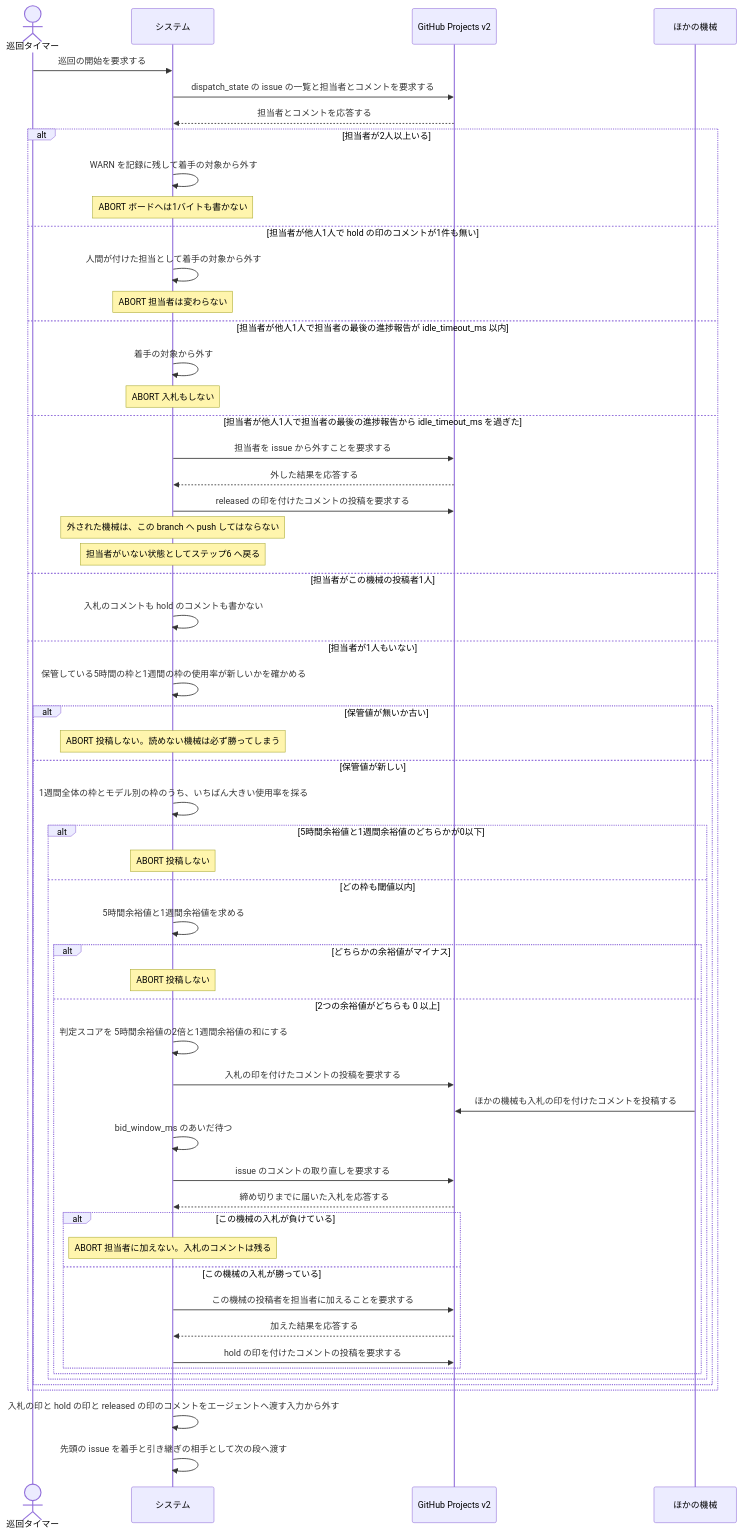
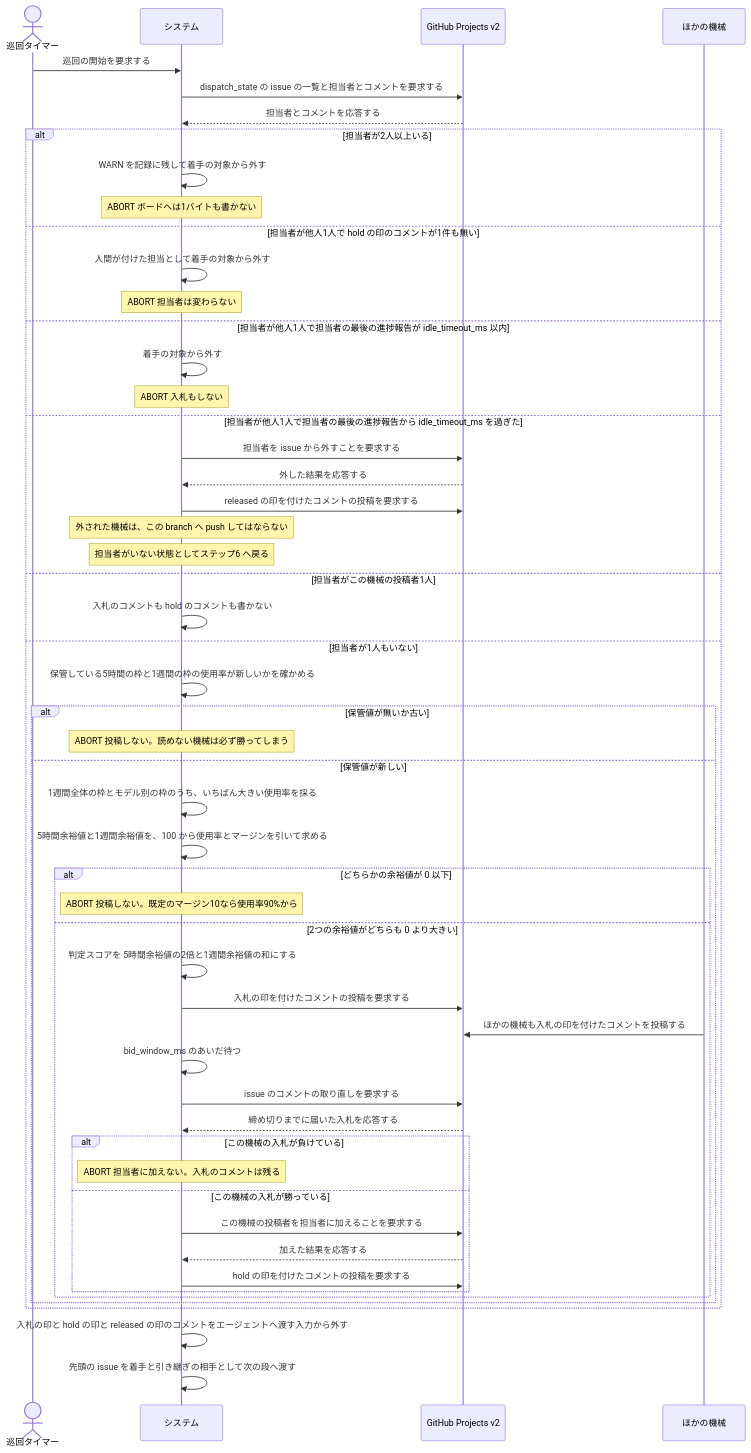
The second of 2 diagrams in docs/spec/usecases/particular_case/issue の担当を入札で決める.rucm.md (maimuzo/continuo), drawn with Mermaid before and after one commit. The commit also changed other lines of this file and 24 other files, not shown here.

````diff
--- a/docs/spec/usecases/particular_case/issue の担当を入札で決める.rucm.md
+++ b/docs/spec/usecases/particular_case/issue の担当を入札で決める.rucm.md
@@ -440,60 +433,56 @@
 ```mermaid
 sequenceDiagram
     actor T as 巡回タイマー
     participant S as システム
     participant GH as GitHub Projects v2
     participant M as ほかの機械
 
     T->>S: 巡回の開始を要求する
     S->>GH: dispatch_state の issue の一覧と担当者とコメントを要求する
     GH-->>S: 担当者とコメントを応答する
     alt 担当者が2人以上いる
         S->>S: WARN を記録に残して着手の対象から外す
         Note over S: ABORT ボードへは1バイトも書かない
     else 担当者が他人1人で hold の印のコメントが1件も無い
         S->>S: 人間が付けた担当として着手の対象から外す
         Note over S: ABORT 担当者は変わらない
     else 担当者が他人1人で担当者の最後の進捗報告が idle_timeout_ms 以内
         S->>S: 着手の対象から外す
         Note over S: ABORT 入札もしない
     else 担当者が他人1人で担当者の最後の進捗報告から idle_timeout_ms を過ぎた
         S->>GH: 担当者を issue から外すことを要求する
         GH-->>S: 外した結果を応答する
         S->>GH: released の印を付けたコメントの投稿を要求する
         Note over S: 外された機械は、この branch へ push してはならない
         Note over S: 担当者がいない状態としてステップ6 へ戻る
     else 担当者がこの機械の投稿者1人
         S->>S: 入札のコメントも hold のコメントも書かない
     else 担当者が1人もいない
         S->>S: 保管している5時間の枠と1週間の枠の使用率が新しいかを確かめる
         alt 保管値が無いか古い
             Note over S: ABORT 投稿しない。読めない機械は必ず勝ってしまう
         else 保管値が新しい
             S->>S: 1週間全体の枠とモデル別の枠のうち、いちばん大きい使用率を採る
-            alt 5時間余裕値と1週間余裕値のどちらかが0以下
-                Note over S: ABORT 投稿しない
-            else どの枠も閾値以内
-                S->>S: 5時間余裕値と1週間余裕値を求める
-                alt どちらかの余裕値がマイナス
-                    Note over S: ABORT 投稿しない
-                else 2つの余裕値がどちらも 0 以上
-                    S->>S: 判定スコアを 5時間余裕値の2倍と1週間余裕値の和にする
-                    S->>GH: 入札の印を付けたコメントの投稿を要求する
-                    M->>GH: ほかの機械も入札の印を付けたコメントを投稿する
-                    S->>S: bid_window_ms のあいだ待つ
-                    S->>GH: issue のコメントの取り直しを要求する
-                    GH-->>S: 締め切りまでに届いた入札を応答する
-                    alt この機械の入札が負けている
-                        Note over S: ABORT 担当者に加えない。入札のコメントは残る
-                    else この機械の入札が勝っている
-                        S->>GH: この機械の投稿者を担当者に加えることを要求する
-                        GH-->>S: 加えた結果を応答する
-                        S->>GH: hold の印を付けたコメントの投稿を要求する
-                    end
+            S->>S: 5時間余裕値と1週間余裕値を、100 から使用率とマージンを引いて求める
+            alt どちらかの余裕値が 0 以下
+                Note over S: ABORT 投稿しない。既定のマージン10なら使用率90%から
+            else 2つの余裕値がどちらも 0 より大きい
+                S->>S: 判定スコアを 5時間余裕値の2倍と1週間余裕値の和にする
+                S->>GH: 入札の印を付けたコメントの投稿を要求する
+                M->>GH: ほかの機械も入札の印を付けたコメントを投稿する
+                S->>S: bid_window_ms のあいだ待つ
+                S->>GH: issue のコメントの取り直しを要求する
+                GH-->>S: 締め切りまでに届いた入札を応答する
+                alt この機械の入札が負けている
+                    Note over S: ABORT 担当者に加えない。入札のコメントは残る
+                else この機械の入札が勝っている
+                    S->>GH: この機械の投稿者を担当者に加えることを要求する
+                    GH-->>S: 加えた結果を応答する
+                    S->>GH: hold の印を付けたコメントの投稿を要求する
                 end
             end
         end
     end
     S->>S: 入札の印と hold の印と released の印のコメントをエージェントへ渡す入力から外す
     S->>S: 先頭の issue を着手と引き継ぎの相手として次の段へ渡す
 ```
````
